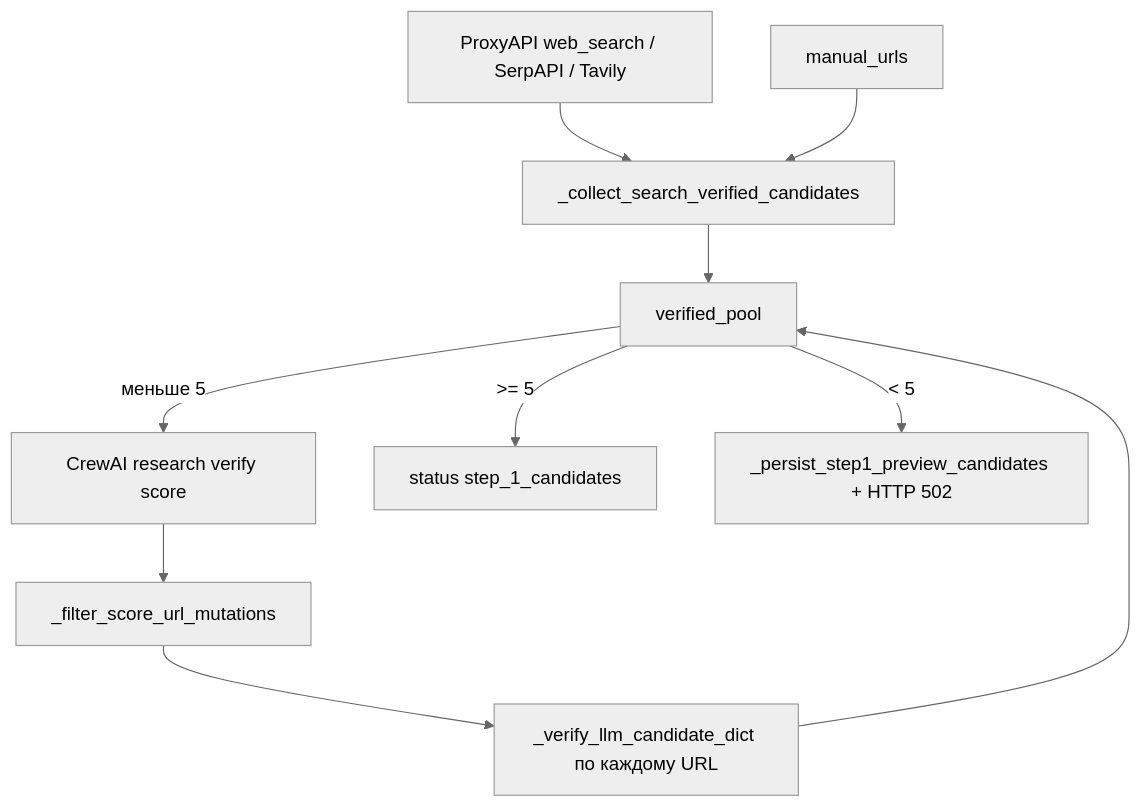
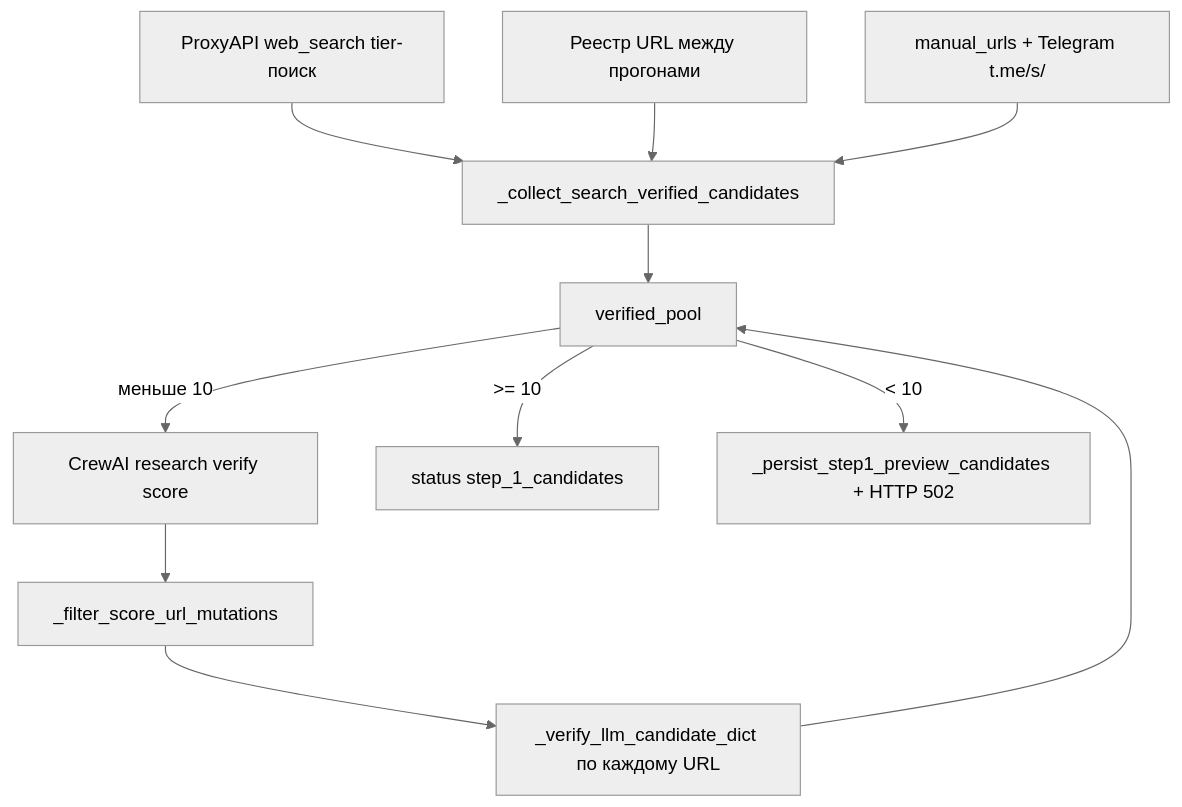
Before and after one commit to Ardierous/NewsAI: the diagram in docs/STEP1_LINKS_RUNBOOK.md, drawn with Mermaid (neutral theme). The commit also changed other lines of this file and 10 other files, not shown here.

````diff
--- a/docs/STEP1_LINKS_RUNBOOK.md
+++ b/docs/STEP1_LINKS_RUNBOOK.md
@@ -31,12 +31,13 @@
 ```mermaid
 flowchart TD
-  A[ProxyAPI web_search / SerpAPI / Tavily] --> B[_collect_search_verified_candidates]
-  M[manual_urls] --> B
+  A[ProxyAPI web_search tier-поиск] --> B[_collect_search_verified_candidates]
+  R[Реестр URL между прогонами] --> B
+  M[manual_urls + Telegram t.me/s/] --> B
   B --> V[verified_pool]
-  V -->|меньше 5| C[CrewAI research verify score]
+  V -->|меньше 10| C[CrewAI research verify score]
   C --> F[_filter_score_url_mutations]
   F --> G[_verify_llm_candidate_dict по каждому URL]
   G --> V
-  V -->|>= 5| OK[status step_1_candidates]
-  V -->|< 5| P[_persist_step1_preview_candidates + HTTP 502]
+  V -->|>= 10| OK[status step_1_candidates]
+  V -->|< 10| P[_persist_step1_preview_candidates + HTTP 502]
 ```
````
